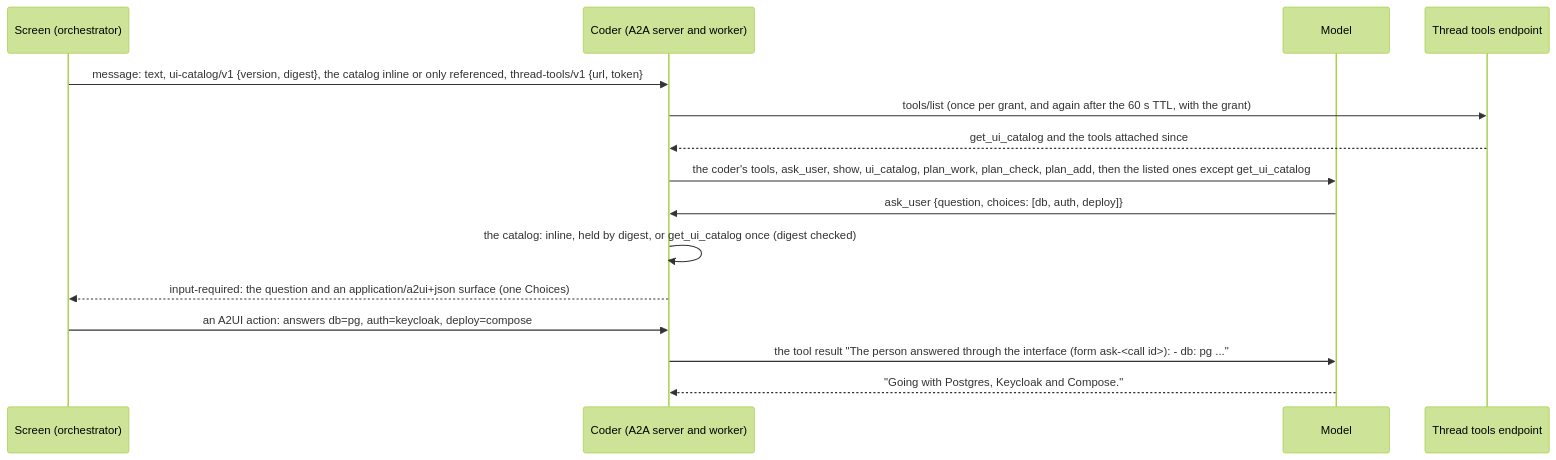
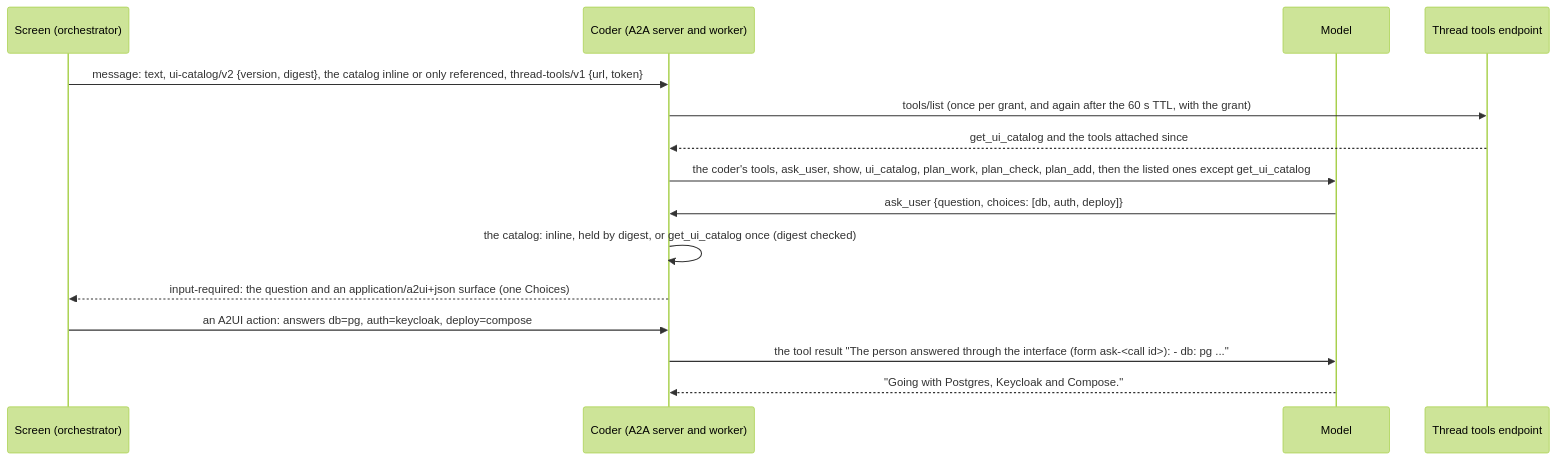
Before and after one commit to vymalo/another-adam-rs: the second of 31 diagrams in bin/adam-coder/README.md, drawn with Mermaid (forest theme). The commit also changed other lines of this file and 28 other files, not shown here.

````diff
--- a/bin/adam-coder/README.md
+++ b/bin/adam-coder/README.md
@@ -237,17 +237,17 @@
 ```mermaid
 sequenceDiagram
   participant S as Screen (orchestrator)
   participant C as Coder (A2A server and worker)
   participant M as Model
   participant E as Thread tools endpoint
-  S->>C: message: text, ui-catalog/v1 {version, digest}, the catalog inline or only referenced, thread-tools/v1 {url, token}
+  S->>C: message: text, ui-catalog/v2 {version, digest}, the catalog inline or only referenced, thread-tools/v1 {url, token}
   C->>E: tools/list (once per grant, and again after the 60 s TTL, with the grant)
   E-->>C: get_ui_catalog and the tools attached since
   C->>M: the coder's tools, ask_user, show, ui_catalog, plan_work, plan_check, plan_add, then the listed ones except get_ui_catalog
   M->>C: ask_user {question, choices: [db, auth, deploy]}
   C->>C: the catalog: inline, held by digest, or get_ui_catalog once (digest checked)
   C-->>S: input-required: the question and an application/a2ui+json surface (one Choices)
   S->>C: an A2UI action: answers db=pg, auth=keycloak, deploy=compose
   C->>M: the tool result "The person answered through the interface (form ask-<call id>): - db: pg ..."
   M-->>C: "Going with Postgres, Keycloak and Compose."
 ```
````
